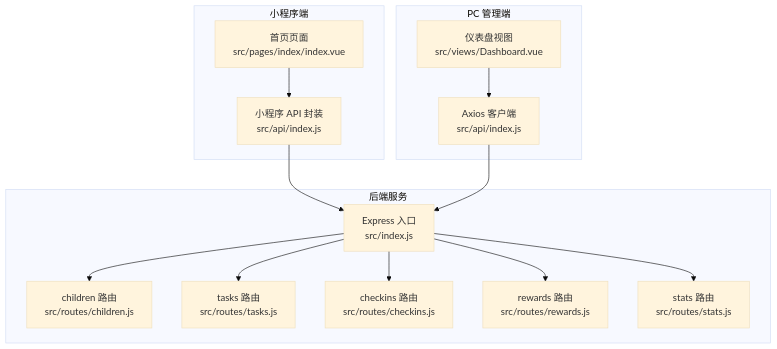
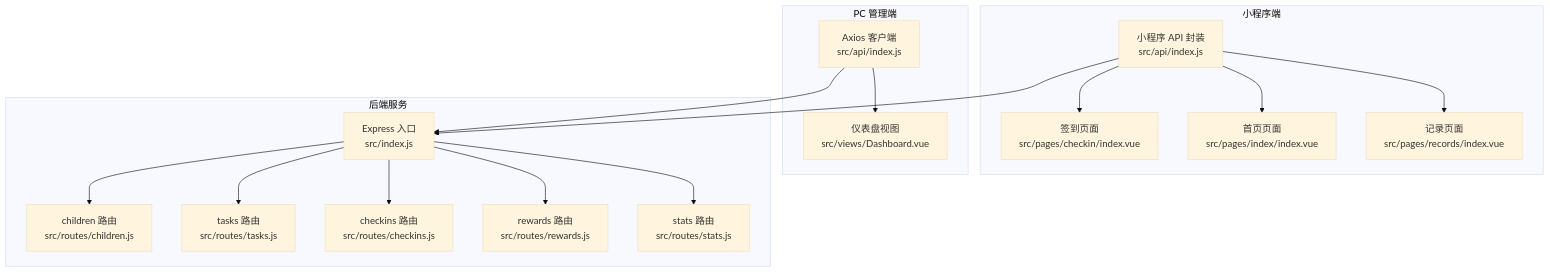
One commit to dawny123123/StarParadise changed the first of 7 diagrams in .qoder/repowiki/zh/content/系统架构设计/前端架构设计/小程序架构/API调用封装.md. Above: the diagram before and after it, drawn with Mermaid (base theme). The commit also changed other lines of this file and 102 other files, not shown here.

````diff
--- a/.qoder/repowiki/zh/content/系统架构设计/前端架构设计/小程序架构/API调用封装.md
+++ b/.qoder/repowiki/zh/content/系统架构设计/前端架构设计/小程序架构/API调用封装.md
@@ -47,28 +56,32 @@
 ```mermaid
 graph TB
 subgraph "小程序端"
 MP_API["小程序 API 封装<br/>src/api/index.js"]
-MP_PAGE["首页页面<br/>src/pages/index/index.vue"]
+MP_CHECKIN["签到页面<br/>src/pages/checkin/index.vue"]
+MP_INDEX["首页页面<br/>src/pages/index/index.vue"]
+MP_RECORDS["记录页面<br/>src/pages/records/index.vue"]
 end
 subgraph "PC 管理端"
 PC_AXIOS["Axios 客户端<br/>src/api/index.js"]
 PC_VIEW["仪表盘视图<br/>src/views/Dashboard.vue"]
 end
 subgraph "后端服务"
 SERVER_INDEX["Express 入口<br/>src/index.js"]
 ROUTE_CHILDREN["children 路由<br/>src/routes/children.js"]
 ROUTE_TASKS["tasks 路由<br/>src/routes/tasks.js"]
 ROUTE_CHECKINS["checkins 路由<br/>src/routes/checkins.js"]
 ROUTE_REWARDS["rewards 路由<br/>src/routes/rewards.js"]
 ROUTE_STATS["stats 路由<br/>src/routes/stats.js"]
 end
-MP_PAGE --> MP_API
-PC_VIEW --> PC_AXIOS
+MP_API --> MP_CHECKIN
+MP_API --> MP_INDEX
+MP_API --> MP_RECORDS
+PC_AXIOS --> PC_VIEW
 MP_API --> SERVER_INDEX
 PC_AXIOS --> SERVER_INDEX
 SERVER_INDEX --> ROUTE_CHILDREN
 SERVER_INDEX --> ROUTE_TASKS
 SERVER_INDEX --> ROUTE_CHECKINS
 SERVER_INDEX --> ROUTE_REWARDS
 SERVER_INDEX --> ROUTE_STATS
 ```
````
